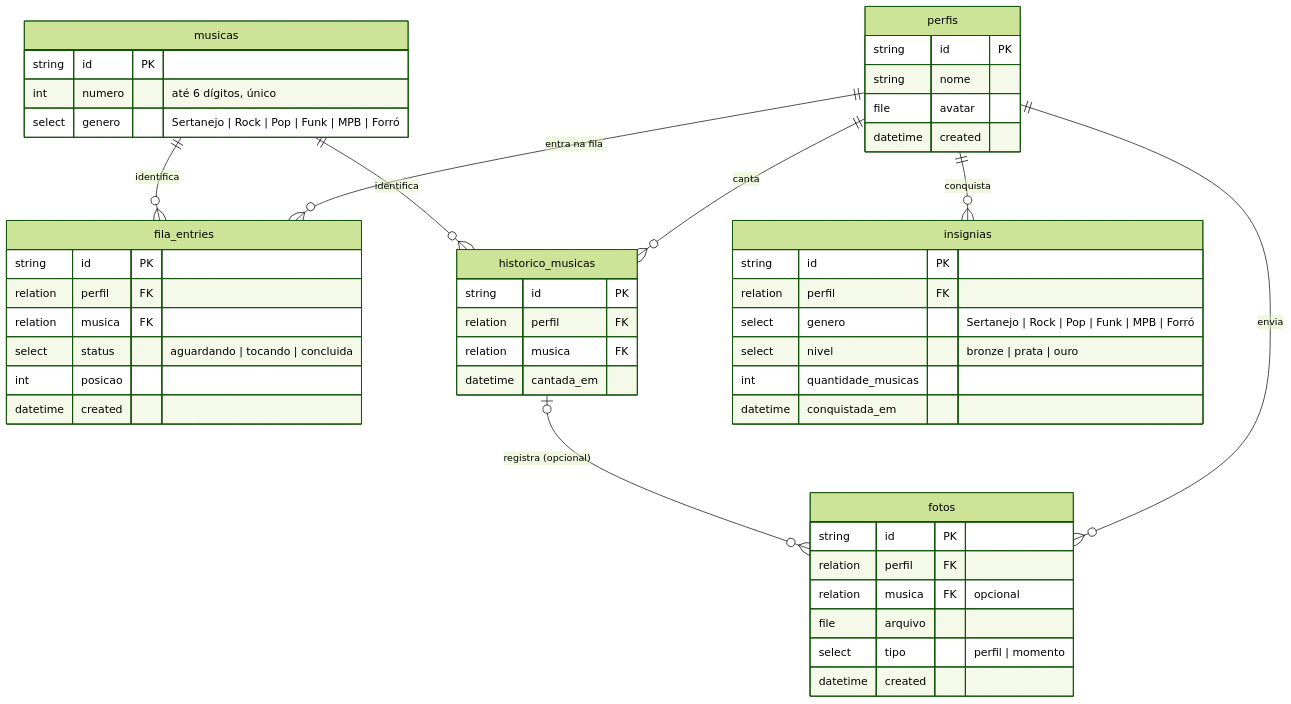
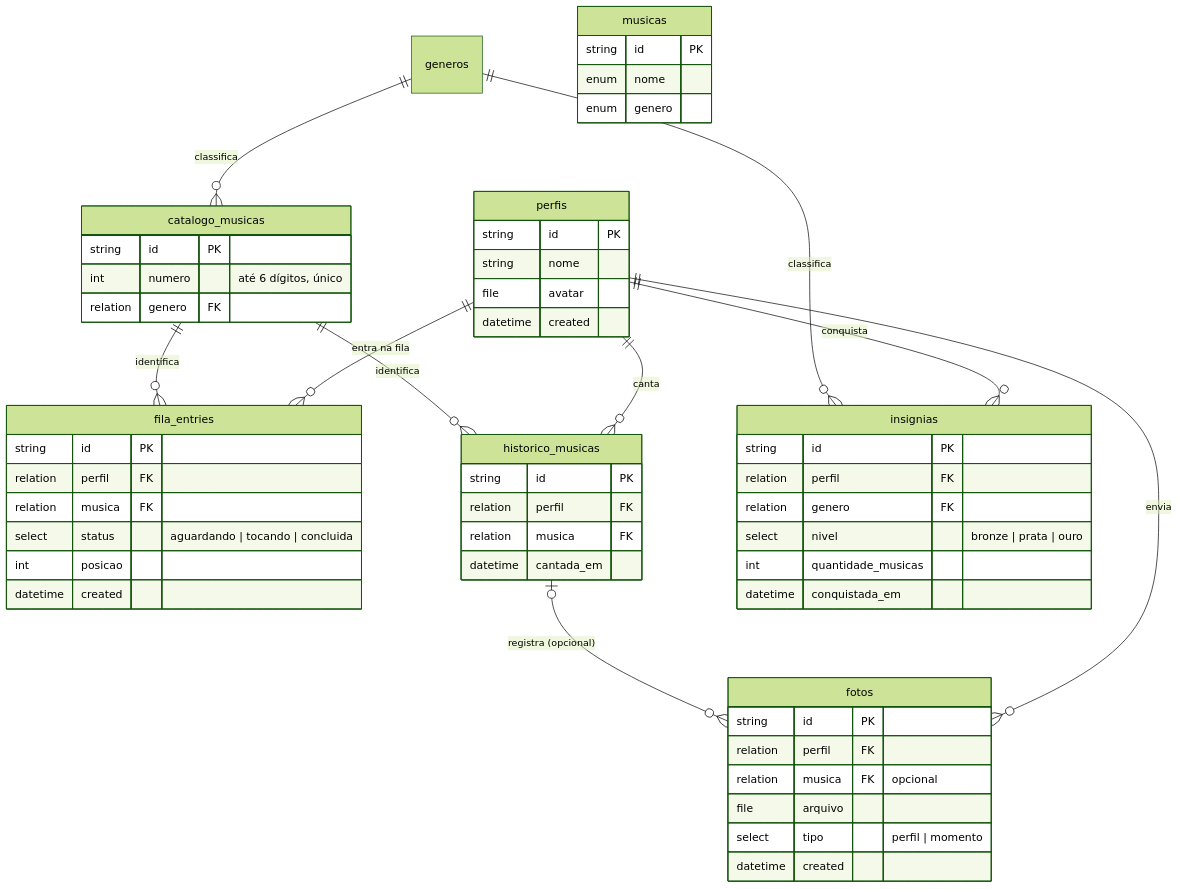
Before and after one commit to william-wv/app-julius: the diagram in README.md, drawn with Mermaid (forest theme). The commit also changed other lines of this file and 14 other files, not shown here.

````diff
--- a/README.md
+++ b/README.md
@@ -50,52 +50,59 @@
 ```mermaid
 erDiagram
     perfis ||--o{ fila_entries : "entra na fila"
     perfis ||--o{ historico_musicas : "canta"
     perfis ||--o{ insignias : "conquista"
     perfis ||--o{ fotos : "envia"
-    musicas ||--o{ fila_entries : "identifica"
-    musicas ||--o{ historico_musicas : "identifica"
+    catalogo_musicas ||--o{ fila_entries : "identifica"
+    catalogo_musicas ||--o{ historico_musicas : "identifica"
     historico_musicas |o--o{ fotos : "registra (opcional)"
+    generos ||--o{ catalogo_musicas : "classifica"
+    generos ||--o{ insignias : "classifica"
 
     perfis {
         string id PK
         string nome
         file avatar
         datetime created
     }
-    musicas {
+    musicas{
+        string id PK
+        enum nome
+        enum genero
+    }
+    catalogo_musicas {
         string id PK
         int numero "até 6 dígitos, único"
-        select genero "Sertanejo | Rock | Pop | Funk | MPB | Forró"
+        relation genero FK
     }
     fila_entries {
         string id PK
         relation perfil FK
         relation musica FK
         select status "aguardando | tocando | concluida"
         int posicao
         datetime created
     }
     historico_musicas {
         string id PK
         relation perfil FK
         relation musica FK
         datetime cantada_em
     }
     insignias {
         string id PK
         relation perfil FK
-        select genero "Sertanejo | Rock | Pop | Funk | MPB | Forró"
+        relation genero FK
         select nivel "bronze | prata | ouro"
         int quantidade_musicas
         datetime conquistada_em
     }
     fotos {
         string id PK
         relation perfil FK
         relation musica FK "opcional"
         file arquivo
         select tipo "perfil | momento"
         datetime created
     }
 ```
````
